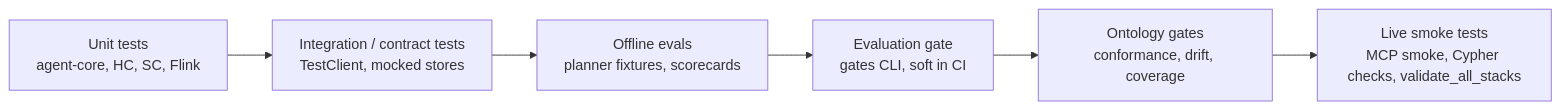
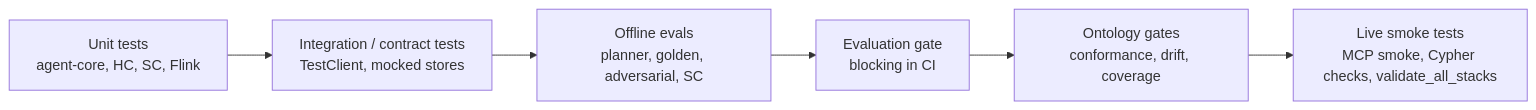
Before and after one commit to wchen-dea/Agentic-AI-Healthcare-GraphRAG: the diagram in docs/06_quality_assurance.md, drawn with Mermaid. The commit also changed other lines of this file and 17 other files, not shown here.

````diff
--- a/docs/06_quality_assurance.md
+++ b/docs/06_quality_assurance.md
@@ -9,8 +9,8 @@
 ```mermaid
 flowchart LR
     U[Unit tests<br/>agent-core, HC, SC, Flink] --> I[Integration / contract tests<br/>TestClient, mocked stores]
-    I --> E[Offline evals<br/>planner fixtures, scorecards]
-    E --> G[Evaluation gate<br/>gates CLI, soft in CI]
+    I --> E[Offline evals<br/>planner, golden, adversarial, SC]
+    E --> G[Evaluation gate<br/>blocking in CI]
     G --> O[Ontology gates<br/>conformance, drift, coverage]
     O --> S[Live smoke tests<br/>MCP smoke, Cypher checks, validate_all_stacks]
 ```
````
